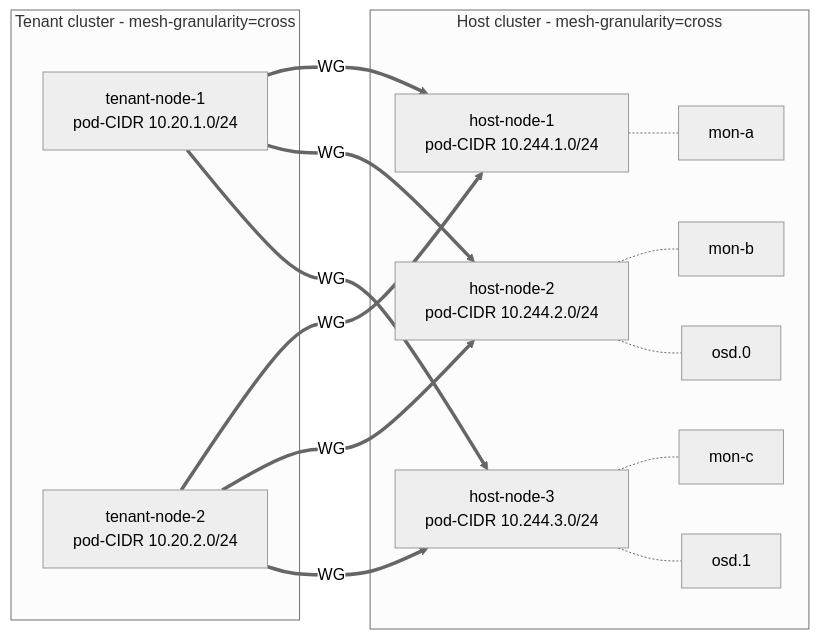
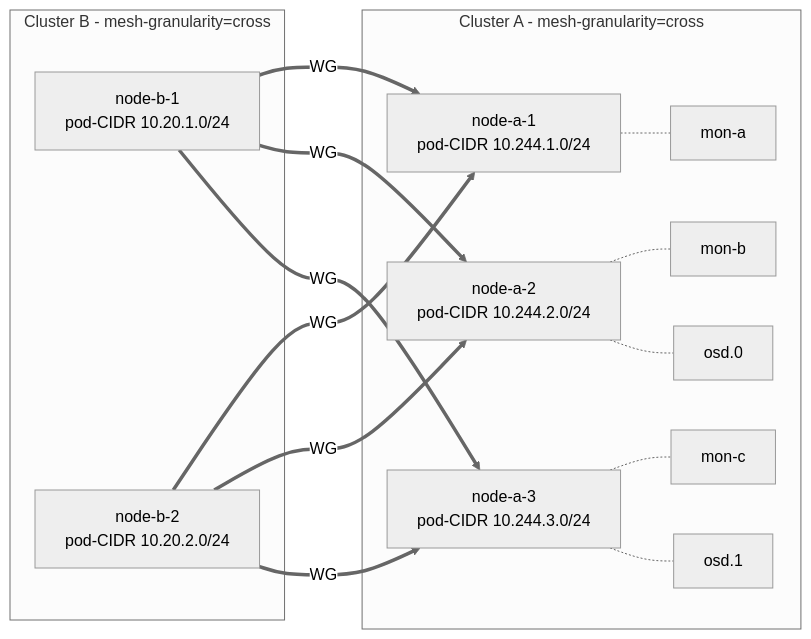
Before and after one commit to cozystack/community: the diagram in design-proposals/cross-cluster-tenant-mesh/README.md, drawn with Mermaid (neutral theme). The commit also changed other lines of this file, not shown here.

First line of the commit message:
docs(cross-cluster-tenant-mesh): rework as upstream kilo-io ClusterMesh

````diff
--- a/design-proposals/cross-cluster-tenant-mesh/README.md
+++ b/design-proposals/cross-cluster-tenant-mesh/README.md
@@ -69,23 +78,23 @@
 ```mermaid
 flowchart LR
-    subgraph Host[Host cluster - mesh-granularity=cross]
-      H1[host-node-1<br/>pod-CIDR 10.244.1.0/24]
-      H2[host-node-2<br/>pod-CIDR 10.244.2.0/24]
-      H3[host-node-3<br/>pod-CIDR 10.244.3.0/24]
+    subgraph ClusterA[Cluster A - mesh-granularity=cross]
+      H1[node-a-1<br/>pod-CIDR 10.244.1.0/24]
+      H2[node-a-2<br/>pod-CIDR 10.244.2.0/24]
+      H3[node-a-3<br/>pod-CIDR 10.244.3.0/24]
       H1 -.- M1[mon-a]
       H2 -.- M2[mon-b]
       H3 -.- M3[mon-c]
       H2 -.- O1[osd.0]
       H3 -.- O2[osd.1]
     end
-    subgraph Tenant[Tenant cluster - mesh-granularity=cross]
-      T1[tenant-node-1<br/>pod-CIDR 10.20.1.0/24]
-      T2[tenant-node-2<br/>pod-CIDR 10.20.2.0/24]
+    subgraph ClusterB[Cluster B - mesh-granularity=cross]
+      T1[node-b-1<br/>pod-CIDR 10.20.1.0/24]
+      T2[node-b-2<br/>pod-CIDR 10.20.2.0/24]
     end
     T1 == WG ==> H1
     T1 == WG ==> H2
     T1 == WG ==> H3
     T2 == WG ==> H1
     T2 == WG ==> H2
     T2 == WG ==> H3
 ```
````
